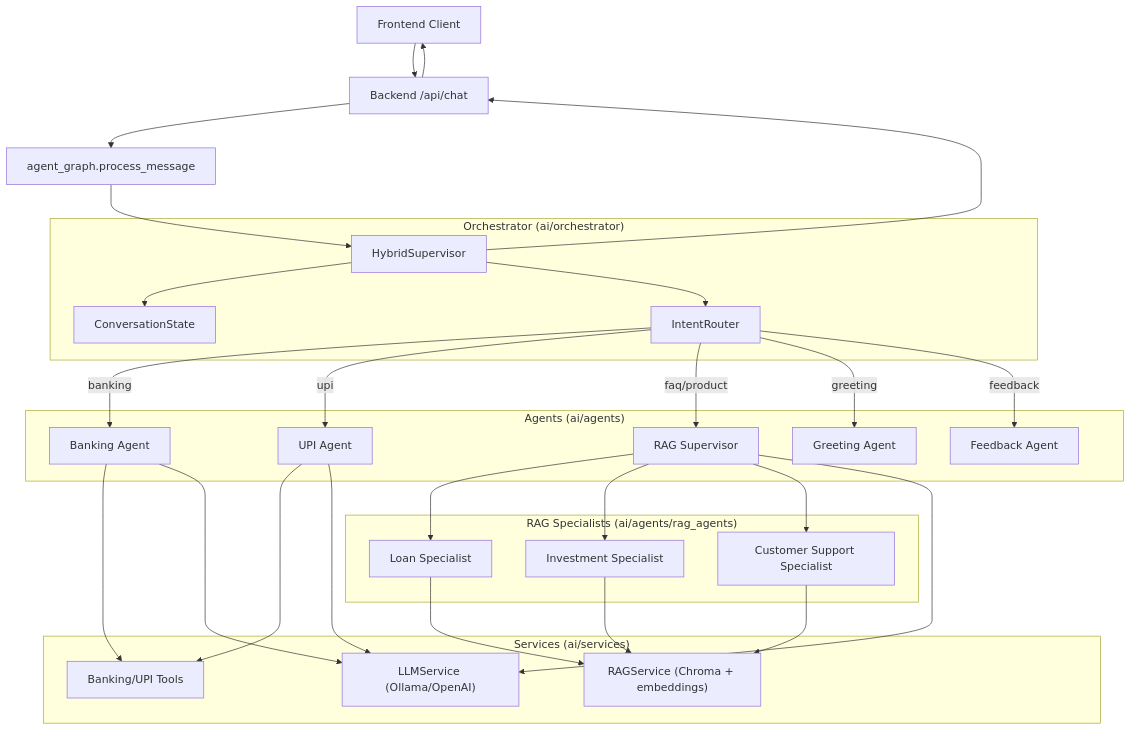
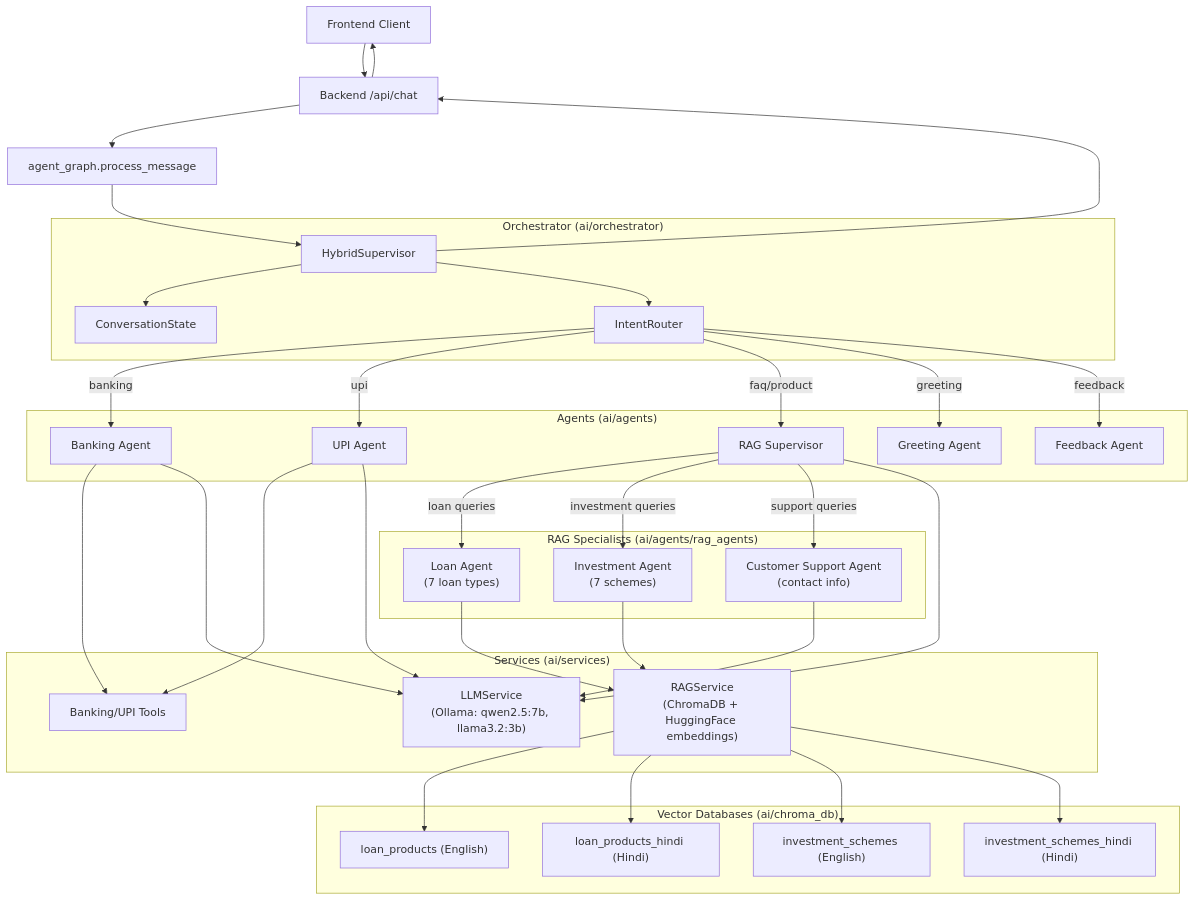
The diagram in documentation/ai_architecture.mmd (vardhanja/vaani-banking-voice-assistant), drawn with Mermaid before and after one commit. The commit also changed 13 other files, not shown here.

```diff
--- a/documentation/ai_architecture.mmd
+++ b/documentation/ai_architecture.mmd
@@ -1,56 +1,69 @@
 %% Mermaid diagram for the AI module (kept simple and parse-safe)
 flowchart TD
   client["Frontend Client"] --> beChat["Backend /api/chat"]
   beChat --> entry["agent_graph.process_message"]
 
   subgraph "Orchestrator (ai/orchestrator)"
     supervisor["HybridSupervisor"]
     state["ConversationState"]
     router["IntentRouter"]
   end
 
   subgraph "Agents (ai/agents)"
     banking["Banking Agent"]
     upi["UPI Agent"]
     rag["RAG Supervisor"]
     greet["Greeting Agent"]
     feedback["Feedback Agent"]
   end
 
   subgraph "RAG Specialists (ai/agents/rag_agents)"
-    loan["Loan Specialist"]
-    invest["Investment Specialist"]
-    support["Customer Support Specialist"]
+    loan["Loan Agent<br/>(7 loan types)"]
+    invest["Investment Agent<br/>(7 schemes)"]
+    support["Customer Support Agent<br/>(contact info)"]
   end
 
   subgraph "Services (ai/services)"
-    llm["LLMService (Ollama/OpenAI)"]
-    ragSvc["RAGService (Chroma + embeddings)"]
+    llm["LLMService<br/>(Ollama: qwen2.5:7b, llama3.2:3b)"]
+    ragSvc["RAGService<br/>(ChromaDB + HuggingFace embeddings)"]
     tools["Banking/UPI Tools"]
+  end
+
+  subgraph "Vector Databases (ai/chroma_db)"
+    loanEn["loan_products (English)"]
+    loanHi["loan_products_hindi (Hindi)"]
+    investEn["investment_schemes (English)"]
+    investHi["investment_schemes_hindi (Hindi)"]
   end
 
   entry --> supervisor
   supervisor --> state
   supervisor --> router
 
   router -->|banking| banking
   router -->|upi| upi
   router -->|faq/product| rag
   router -->|greeting| greet
   router -->|feedback| feedback
 
-  rag --> loan
-  rag --> invest
-  rag --> support
+  rag -->|loan queries| loan
+  rag -->|investment queries| invest
+  rag -->|support queries| support
 
   banking --> tools
   upi --> tools
   banking --> llm
   upi --> llm
   rag --> llm
+  
   loan --> ragSvc
   invest --> ragSvc
-  support --> ragSvc
+  support --> llm
+  
+  ragSvc --> loanEn
+  ragSvc --> loanHi
+  ragSvc --> investEn
+  ragSvc --> investHi
 
   supervisor --> beChat
   beChat --> client
```
